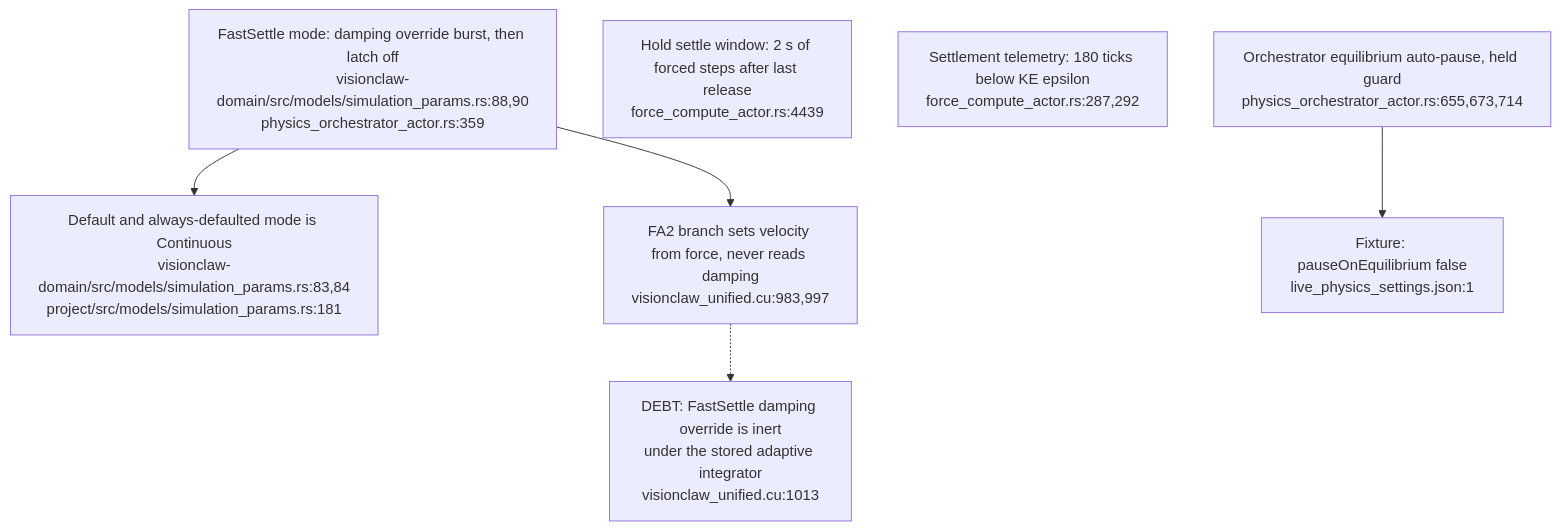
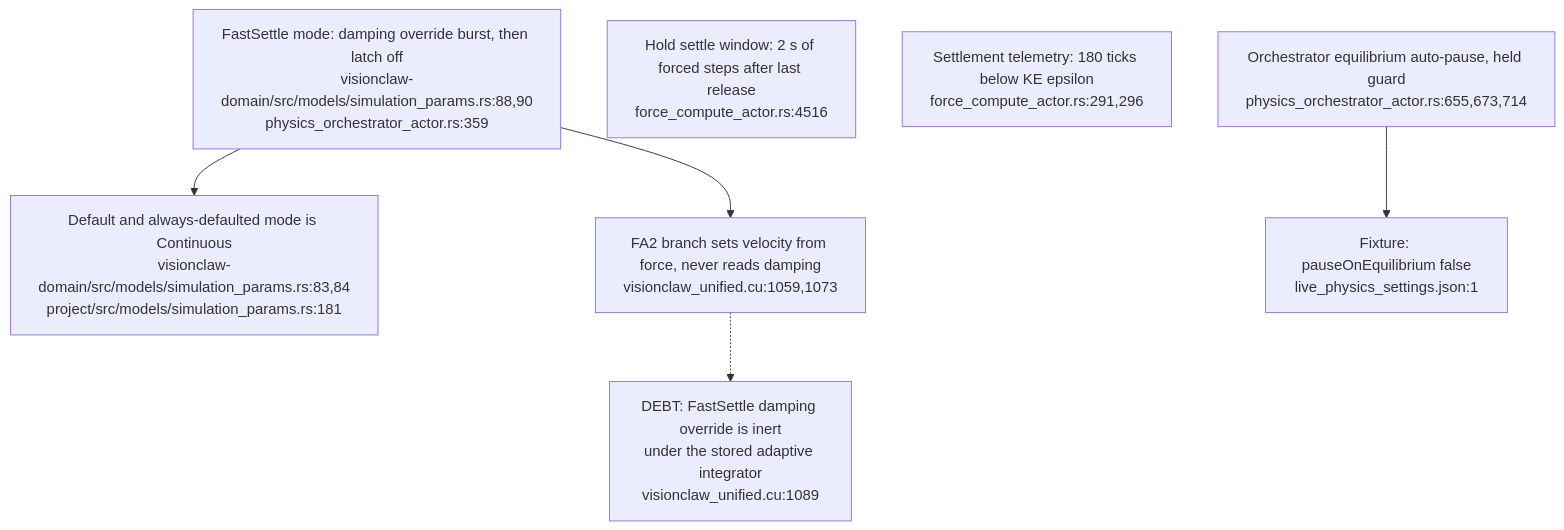
One commit to DreamLab-AI/VisionFlow changed the third of 4 diagrams in docs/diagrams/visionclaw/54-layout-mode-step-cadence-and-settle.md. Above: the diagram before and after it, drawn with Mermaid. The commit also changed other lines of this file and 173 other files, not shown here.

````diff
--- a/docs/diagrams/visionclaw/54-layout-mode-step-cadence-and-settle.md
+++ b/docs/diagrams/visionclaw/54-layout-mode-step-cadence-and-settle.md
@@ -71,9 +71,9 @@
 ```mermaid
 flowchart TD
     FS["FastSettle mode: damping override burst, then latch off<br/>visionclaw-domain/src/models/simulation_params.rs:88,90<br/>physics_orchestrator_actor.rs:359"] --> DEF["Default and always-defaulted mode is Continuous<br/>visionclaw-domain/src/models/simulation_params.rs:83,84<br/>project/src/models/simulation_params.rs:181"]
-    WIN["Hold settle window: 2 s of forced steps after last release<br/>force_compute_actor.rs:4439"]
-    TEL["Settlement telemetry: 180 ticks below KE epsilon<br/>force_compute_actor.rs:287,292"]
+    WIN["Hold settle window: 2 s of forced steps after last release<br/>force_compute_actor.rs:4516"]
+    TEL["Settlement telemetry: 180 ticks below KE epsilon<br/>force_compute_actor.rs:291,296"]
     EQ["Orchestrator equilibrium auto-pause, held guard<br/>physics_orchestrator_actor.rs:655,673,714"] --> OFF["Fixture: pauseOnEquilibrium false<br/>live_physics_settings.json:1"]
-    FS --> FA2["FA2 branch sets velocity from force, never reads damping<br/>visionclaw_unified.cu:983,997"]
-    FA2 -.-> D1["DEBT: FastSettle damping override is inert<br/>under the stored adaptive integrator<br/>visionclaw_unified.cu:1013"]
+    FS --> FA2["FA2 branch sets velocity from force, never reads damping<br/>visionclaw_unified.cu:1059,1073"]
+    FA2 -.-> D1["DEBT: FastSettle damping override is inert<br/>under the stored adaptive integrator<br/>visionclaw_unified.cu:1089"]
 ```
````
